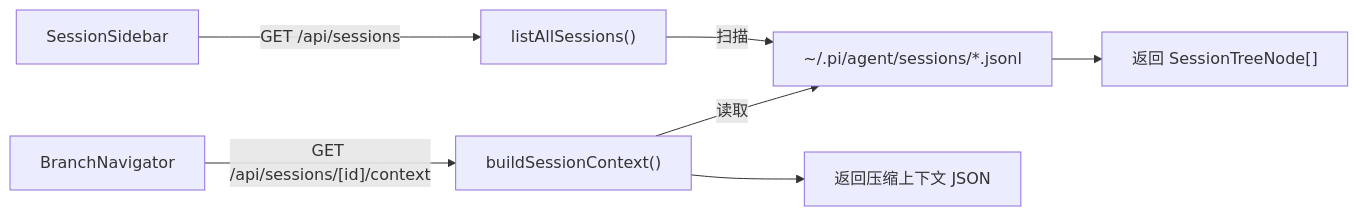
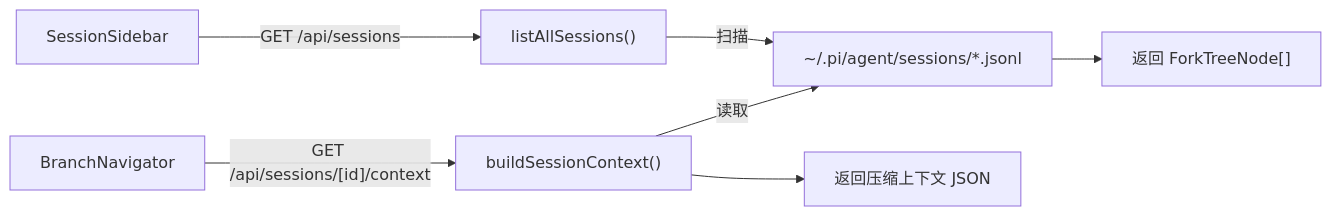
Before and after one commit to minuque/no-pi-no-gang: the fourth of 10 diagrams in ROADMAP.md, drawn with Mermaid. The commit also changed other lines of this file and 15 other files, not shown here.

First line of the commit message:
feat: 移除助手图标 + 文件夹预览支持

````diff
--- a/ROADMAP.md
+++ b/ROADMAP.md
@@ -353,12 +353,12 @@
 ```mermaid
 flowchart LR
     %% 会话列表
     A["SessionSidebar"] -->|"GET /api/sessions"| B["listAllSessions()"]
     B -->|"扫描"| C["~/.pi/agent/sessions/*.jsonl"]
-    C --> D["返回 SessionTreeNode[]"]
+    C --> D["返回 ForkTreeNode[]"]
 
     %% 上下文加载
     E["BranchNavigator"] -->|"GET /api/sessions/[id]/context"| F["buildSessionContext()"]
     F -->|"读取"| C
     F --> G["返回压缩上下文 JSON"]
 ```
````
